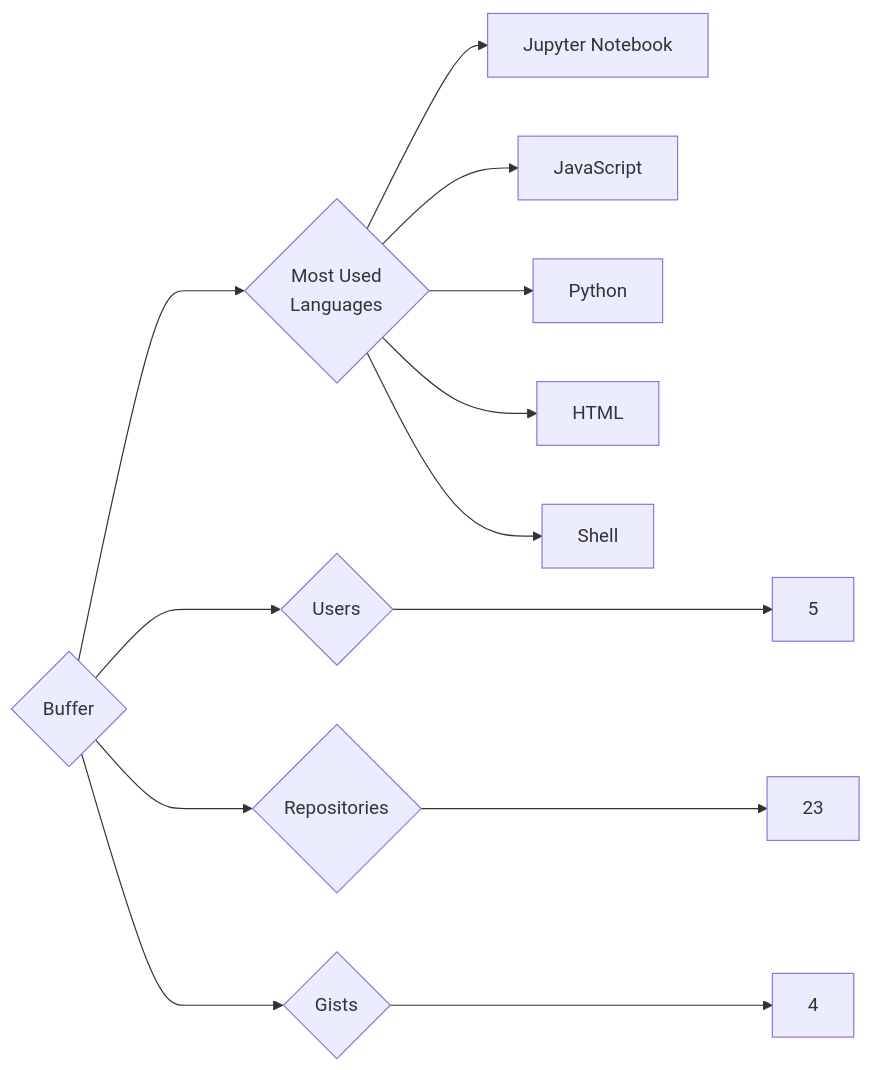
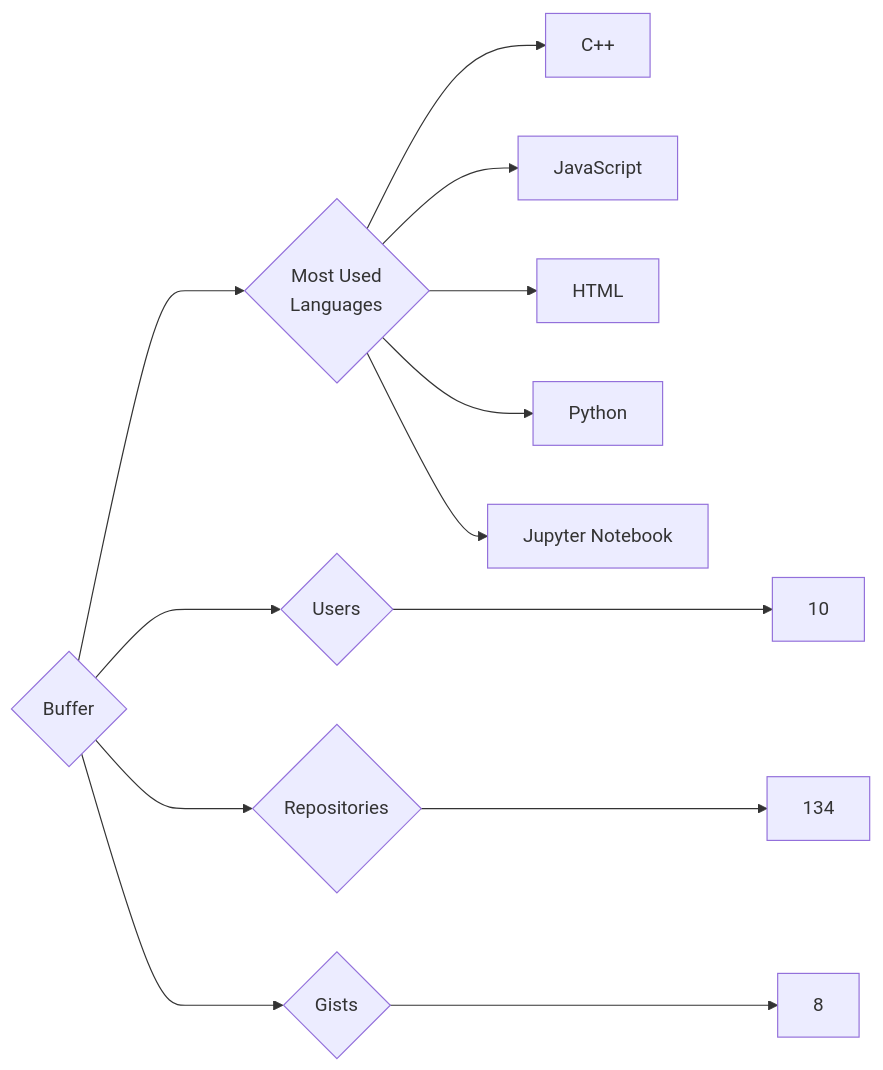
One commit to trickest/insiders changed the diagram in targets/Buffer/README.md. Above: the diagram before and after it, drawn with Mermaid. The commit also changed 894 other files, not shown here.

````diff
--- a/targets/Buffer/README.md
+++ b/targets/Buffer/README.md
@@ -3,13 +3,13 @@
 ```mermaid
 graph LR
 COMPANY_NAME{Buffer}
-COMPANY_NAME ---> U{Users} ---> UN[5]
-COMPANY_NAME ---> R{Repositories} ---> RN[23]
-COMPANY_NAME ---> G{Gists} ---> GN[4]
+COMPANY_NAME ---> U{Users} ---> UN[10]
+COMPANY_NAME ---> R{Repositories} ---> RN[134]
+COMPANY_NAME ---> G{Gists} ---> GN[8]
 COMPANY_NAME ---> ML{Most Used<br>Languages}
+ML --> C++[C++]
+ML --> JavaScript[JavaScript]
+ML --> HTML[HTML]
+ML --> Python[Python]
 ML --> Jupyter_Notebook[Jupyter Notebook]
-ML --> JavaScript[JavaScript]
-ML --> Python[Python]
-ML --> HTML[HTML]
-ML --> Shell[Shell]
 ```
````
